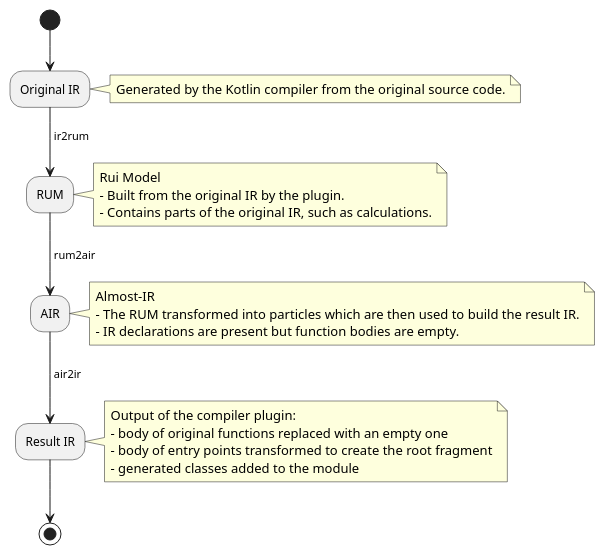
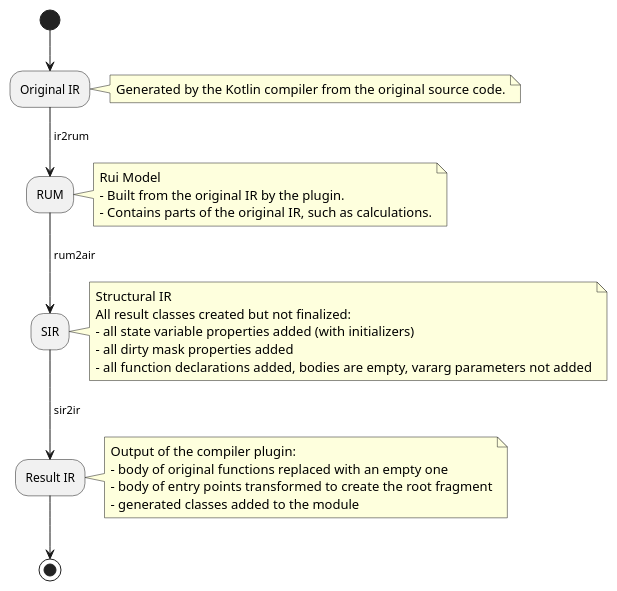
The diagram in doc/internals/Process.puml (spxbhuhb/rui), drawn with PlantUML before and after one commit. The commit also changed 33 other files, not shown here.

Commit message:
rename AIR to SIR, refactor progress

```diff
--- a/doc/internals/Process.puml
+++ b/doc/internals/Process.puml
@@ -1,24 +1,26 @@
 @startuml
 (*) --> "Original IR"
 note right: Generated by the Kotlin compiler from the original source code.
 --> [ ir2rum] RUM
 note right
 Rui Model
 - Built from the original IR by the plugin.
 - Contains parts of the original IR, such as calculations.
 end note
---> [ rum2air]"AIR"
+--> [ rum2air] "SIR"
 note right
-Almost-IR
-- The RUM transformed into particles which are then used to build the result IR.
-- IR declarations are present but function bodies are empty.
+Structural IR
+All result classes created but not finalized:
+- all state variable properties added (with initializers)
+- all dirty mask properties added
+- all function declarations added, bodies are empty, vararg parameters not added
 end note
---> [ air2ir]"Result IR"
+--> [ sir2ir] "Result IR"
 note right
 Output of the compiler plugin:
 - body of original functions replaced with an empty one
 - body of entry points transformed to create the root fragment
 - generated classes added to the module
 end note
 --> (*)
 @enduml
```
